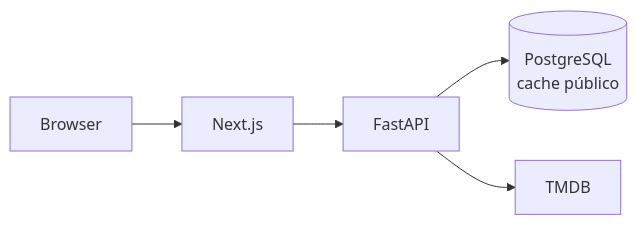
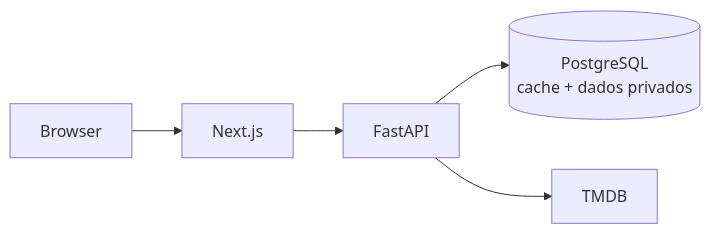
The diagram in README.md (blasther12/matine), drawn with Mermaid before and after one commit. The commit also changed other lines of this file and 23 other files, not shown here.

````diff
--- a/README.md
+++ b/README.md
@@ -49,7 +52,7 @@
 ```mermaid
 flowchart LR
     Browser["Browser"] --> Web["Next.js"]
     Web --> API["FastAPI"]
-    API --> DB[("PostgreSQL<br>cache público")]
+    API --> DB[("PostgreSQL<br>cache + dados privados")]
     API --> TMDB["TMDB"]
 ```
````
